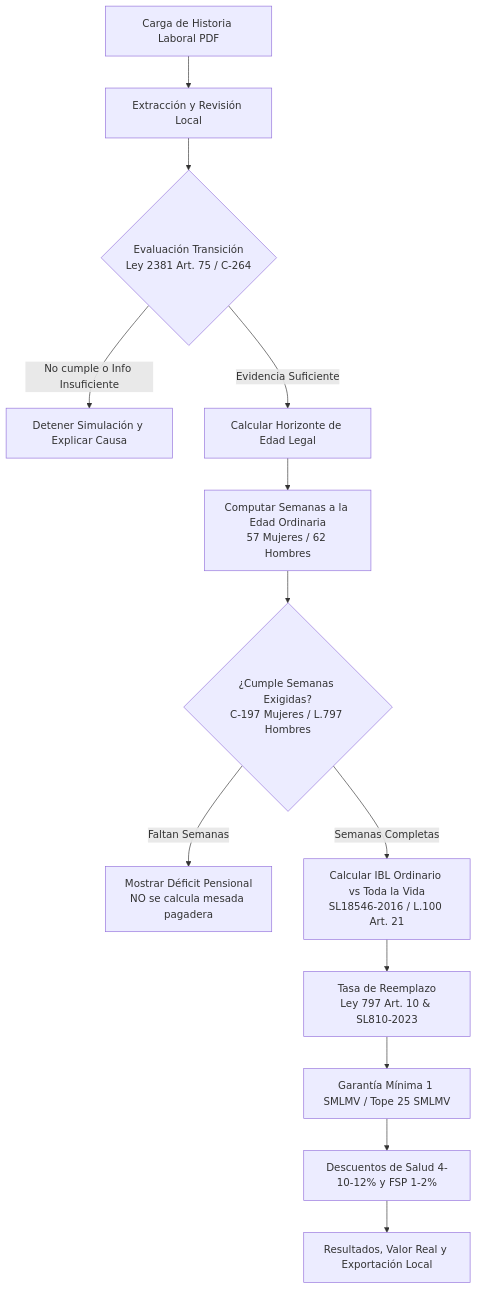
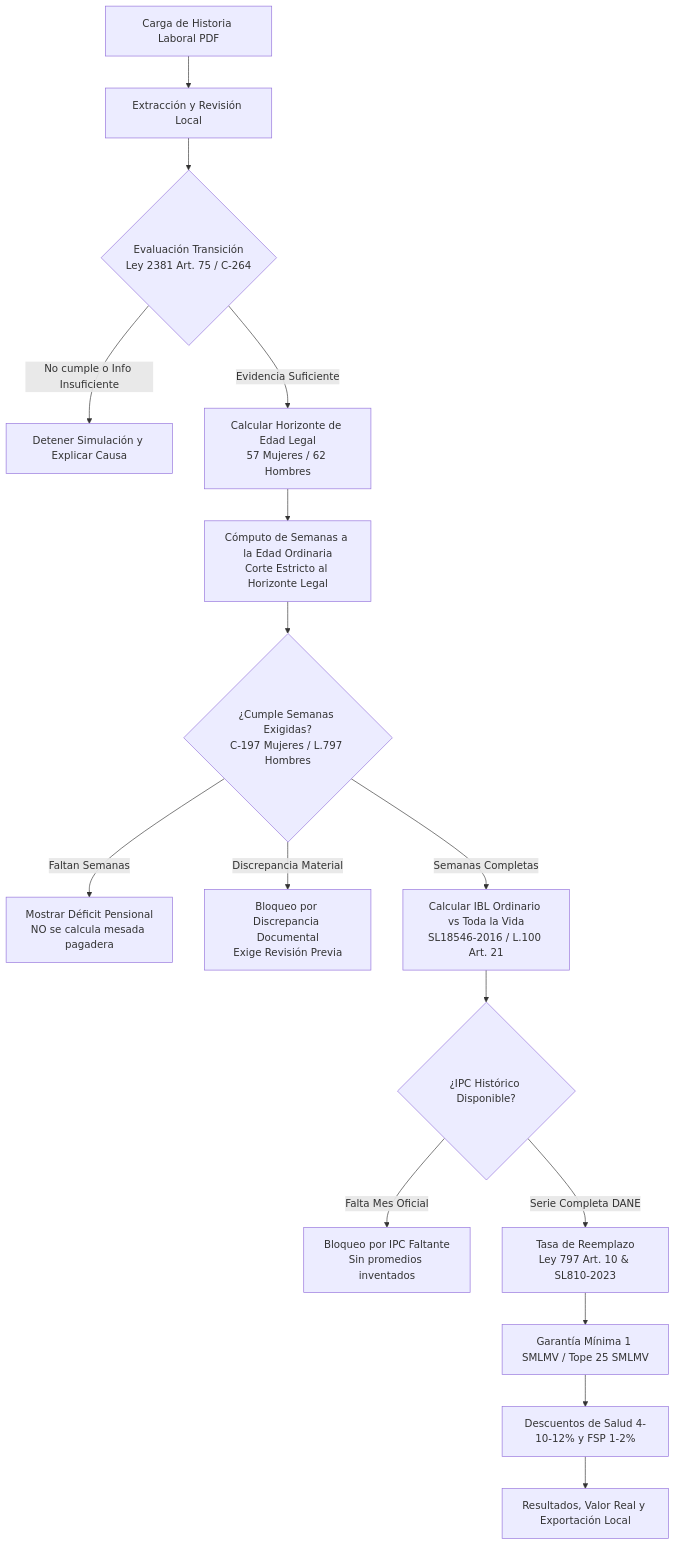
One commit to gabrielnino/MiPensionCO changed the diagram in docs/CALCULO_Y_LIMITES.md. Above: the diagram before and after it, drawn with Mermaid. The commit also changed other lines of this file and 13 other files, not shown here.

Commit message:
feat: complete audit schema v2.1.0, resolve pending issues A-I, and add full E2E test suite

````diff
--- a/docs/CALCULO_Y_LIMITES.md
+++ b/docs/CALCULO_Y_LIMITES.md
@@ -14,15 +14,18 @@
 ```mermaid
 flowchart TD
     A[Carga de Historia Laboral PDF] --> B[Extracción y Revisión Local]
     B --> C{Evaluación Transición\nLey 2381 Art. 75 / C-264}
     C -- No cumple o Info Insuficiente --> D[Detener Simulación y Explicar Causa]
-    C -- Evidencia Suficiente --> E[Calcular Horizonte de Edad Legal]
-    E --> F[Computar Semanas a la Edad Ordinaria\n57 Mujeres / 62 Hombres]
+    C -- Evidencia Suficiente --> E[Calcular Horizonte de Edad Legal\n57 Mujeres / 62 Hombres]
+    E --> F[Cómputo de Semanas a la Edad Ordinaria\nCorte Estricto al Horizonte Legal]
     F --> G{¿Cumple Semanas Exigidas?\nC-197 Mujeres / L.797 Hombres}
     G -- Faltan Semanas --> H[Mostrar Déficit Pensional\nNO se calcula mesada pagadera]
+    G -- Discrepancia Material --> H2[Bloqueo por Discrepancia Documental\nExige Revisión Previa]
     G -- Semanas Completas --> I[Calcular IBL Ordinario vs Toda la Vida\nSL18546-2016 / L.100 Art. 21]
-    I --> J[Tasa de Reemplazo\nLey 797 Art. 10 & SL810-2023]
-    J --> K[Garantía Mínima 1 SMLMV / Tope 25 SMLMV]
-    K --> L[Descuentos de Salud 4-10-12% y FSP 1-2%]
-    L --> M[Resultados, Valor Real y Exportación Local]
+    I --> J{¿IPC Histórico Disponible?}
+    J -- Falta Mes Oficial --> J2[Bloqueo por IPC Faltante\nSin promedios inventados]
+    J -- Serie Completa DANE --> K[Tasa de Reemplazo\nLey 797 Art. 10 & SL810-2023]
+    K --> L[Garantía Mínima 1 SMLMV / Tope 25 SMLMV]
+    L --> M[Descuentos de Salud 4-10-12% y FSP 1-2%]
+    M --> N[Resultados, Valor Real y Exportación Local]
 ```
````
